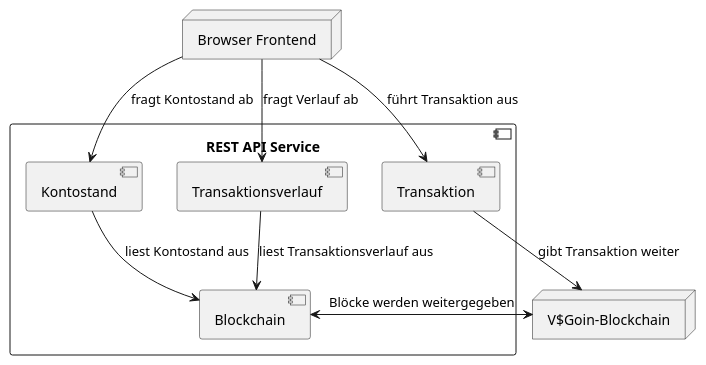
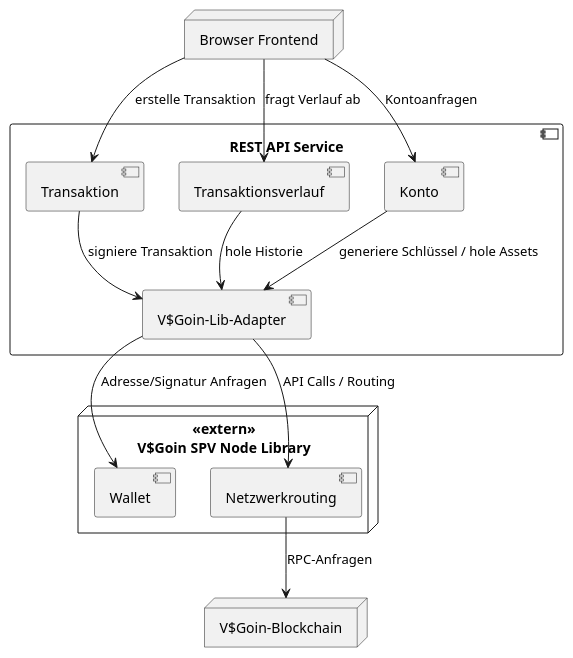
The second of 4 diagrams in docs/arc42/arc42-Api/API.md (bjoern621/VSP-Blockchain), drawn with PlantUML before and after one commit. The commit also changed other lines of this file and 1 other file, not shown here.

Commit message:
86 task api arc überarbeiten (#104)

`````diff
--- a/docs/arc42/arc42-Api/API.md
+++ b/docs/arc42/arc42-Api/API.md
@@ -185,25 +190,56 @@
-````plantuml
-@startuml
-node "Browser Frontend" as browser
-component "REST API Service" as api {
-component "Transaktion" as transaction
-component "Transaktionsverlauf" as verlauf
-component "Kontostand" as konto
-component "Blockchain" as blocks
-verlauf --> blocks: liest Transaktionsverlauf aus
-konto --> blocks: liest Kontostand aus
-}
-node "V$Goin-Blockchain" as blockChain
-
-
-'Browser zu Server
-browser -down-> transaction: führt Transaktion aus
-browser --> verlauf : fragt Verlauf ab
-browser --> konto : fragt Kontostand ab
-
-'Server zu Blockchain
-transaction -down--> blockChain: gibt Transaktion weiter
-blocks -> blockChain: Blöcke werden weitergegeben
-blockChain -> blocks
-@enduml
-````
+    ````plantuml
+    @startuml
+    node "Browser Frontend" as browser
+    
+    ' =====================
+    '   System Boundary
+    ' =====================
+    component "REST API Service" as api {
+    
+        component "Transaktion" as transaction
+        component "Transaktionsverlauf" as verlauf
+        component "Konto" as konto
+        component "V$Goin-Lib-Adapter" as adapter
+    }
+    
+    ' =====================
+    '   External Library
+    ' =====================
+    node "<<extern>>\nV$Goin SPV Node Library" as lib {
+        component "Wallet" as libWallet
+        component "Netzwerkrouting" as libNet
+    }
+    
+    ' =====================
+    '   External Blockchain
+    ' =====================
+    node "V$Goin-Blockchain" as blockChain
+    
+    
+    ' ---------------------------------------------
+    ' Browser → System
+    ' ---------------------------------------------
+    browser --> transaction : erstelle Transaktion
+    browser --> verlauf : fragt Verlauf ab
+    browser --> konto : Kontoanfragen
+    
+    ' ---------------------------------------------
+    ' System intern
+    ' ---------------------------------------------
+    transaction --> adapter : signiere Transaktion
+    verlauf     --> adapter : hole Historie
+    konto     --> adapter : generiere Schlüssel / hole Assets
+    
+    ' ---------------------------------------------
+    ' Adapter → Library
+    ' ---------------------------------------------
+    adapter --> libWallet : Adresse/Signatur Anfragen
+    adapter --> libNet  : API Calls / Routing
+    
+    ' ---------------------------------------------
+    ' Library → Blockchain
+    ' ---------------------------------------------
+    libNet --> blockChain : RPC-Anfragen
+    
+    @enduml
+    ````
`````
